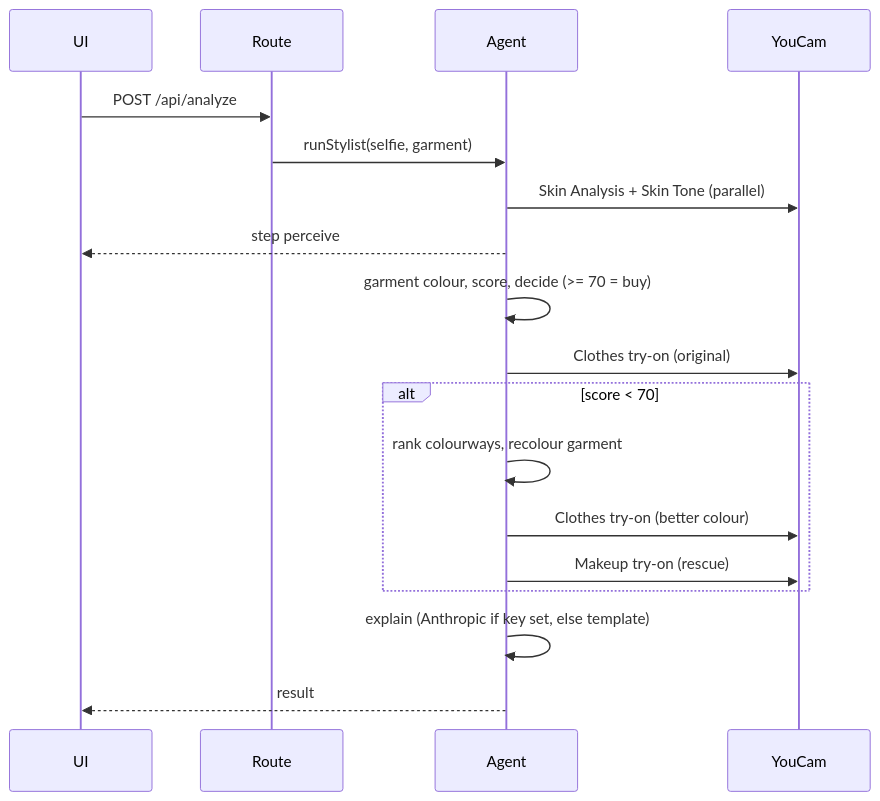
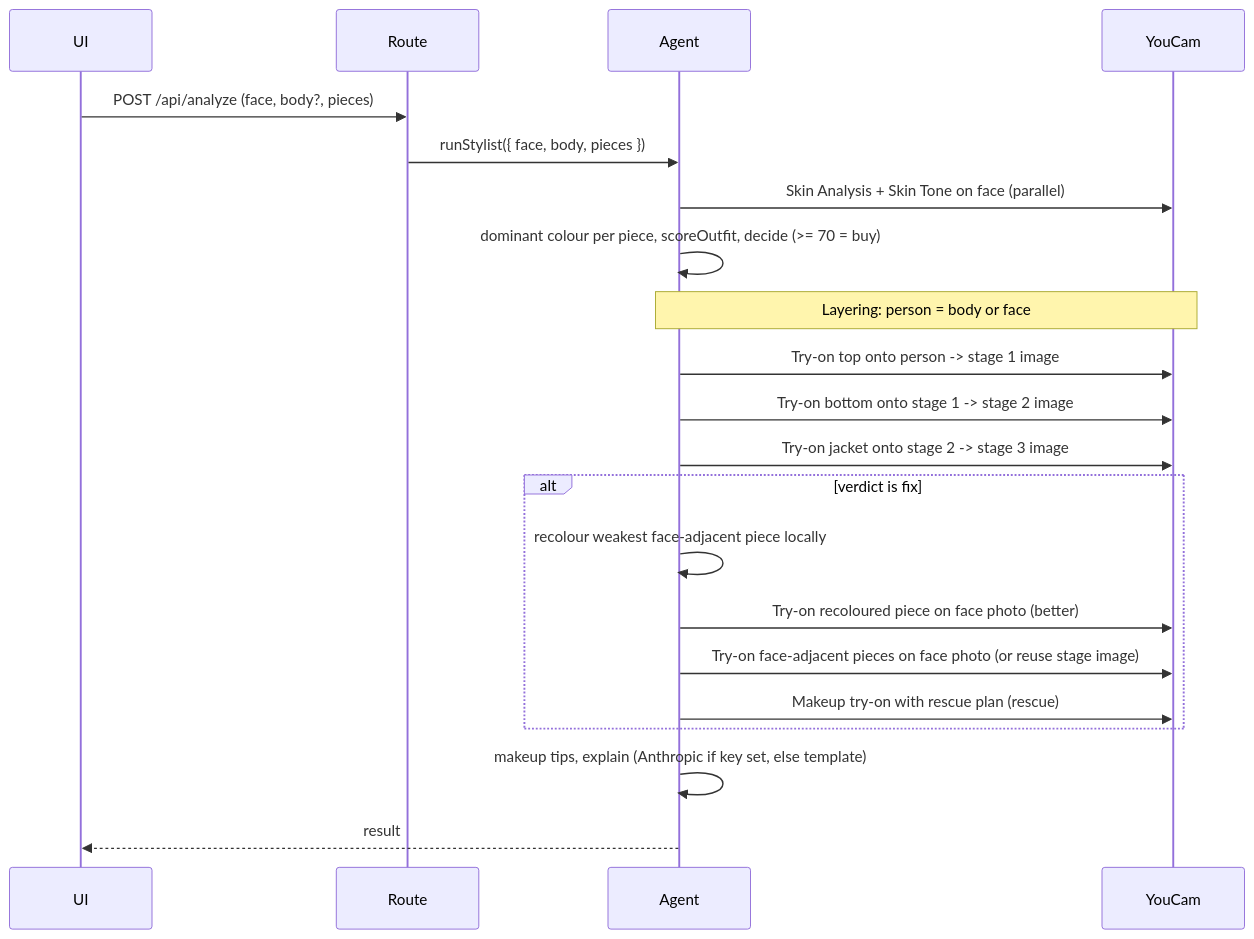
One commit to kunal-motwani/lowkey changed the second of 2 diagrams in docs/ARCHITECTURE.md. Above: the diagram before and after it, drawn with Mermaid. The commit also changed other lines of this file and 42 other files, not shown here.

First line of the commit message:
Multi-piece layered outfits, explainable scoring, photo quality gate, guided wizard

````diff
--- a/docs/ARCHITECTURE.md
+++ b/docs/ARCHITECTURE.md
@@ -32,20 +36,23 @@
 ```mermaid
 sequenceDiagram
   participant UI
   participant Route
   participant Agent
   participant YouCam
-  UI->>Route: POST /api/analyze
-  Route->>Agent: runStylist(selfie, garment)
-  Agent->>YouCam: Skin Analysis + Skin Tone (parallel)
-  Agent-->>UI: step perceive
-  Agent->>Agent: garment colour, score, decide (>= 70 = buy)
-  Agent->>YouCam: Clothes try-on (original)
-  alt score < 70
-    Agent->>Agent: rank colourways, recolour garment
-    Agent->>YouCam: Clothes try-on (better colour)
-    Agent->>YouCam: Makeup try-on (rescue)
+  UI->>Route: POST /api/analyze (face, body?, pieces)
+  Route->>Agent: runStylist({ face, body, pieces })
+  Agent->>YouCam: Skin Analysis + Skin Tone on face (parallel)
+  Agent->>Agent: dominant colour per piece, scoreOutfit, decide (>= 70 = buy)
+  Note over Agent,YouCam: Layering: person = body or face
+  Agent->>YouCam: Try-on top onto person -> stage 1 image
+  Agent->>YouCam: Try-on bottom onto stage 1 -> stage 2 image
+  Agent->>YouCam: Try-on jacket onto stage 2 -> stage 3 image
+  alt verdict is fix
+    Agent->>Agent: recolour weakest face-adjacent piece locally
+    Agent->>YouCam: Try-on recoloured piece on face photo (better)
+    Agent->>YouCam: Try-on face-adjacent pieces on face photo (or reuse stage image)
+    Agent->>YouCam: Makeup try-on with rescue plan (rescue)
   end
-  Agent->>Agent: explain (Anthropic if key set, else template)
+  Agent->>Agent: makeup tips, explain (Anthropic if key set, else template)
   Agent-->>UI: result
 ```
````
